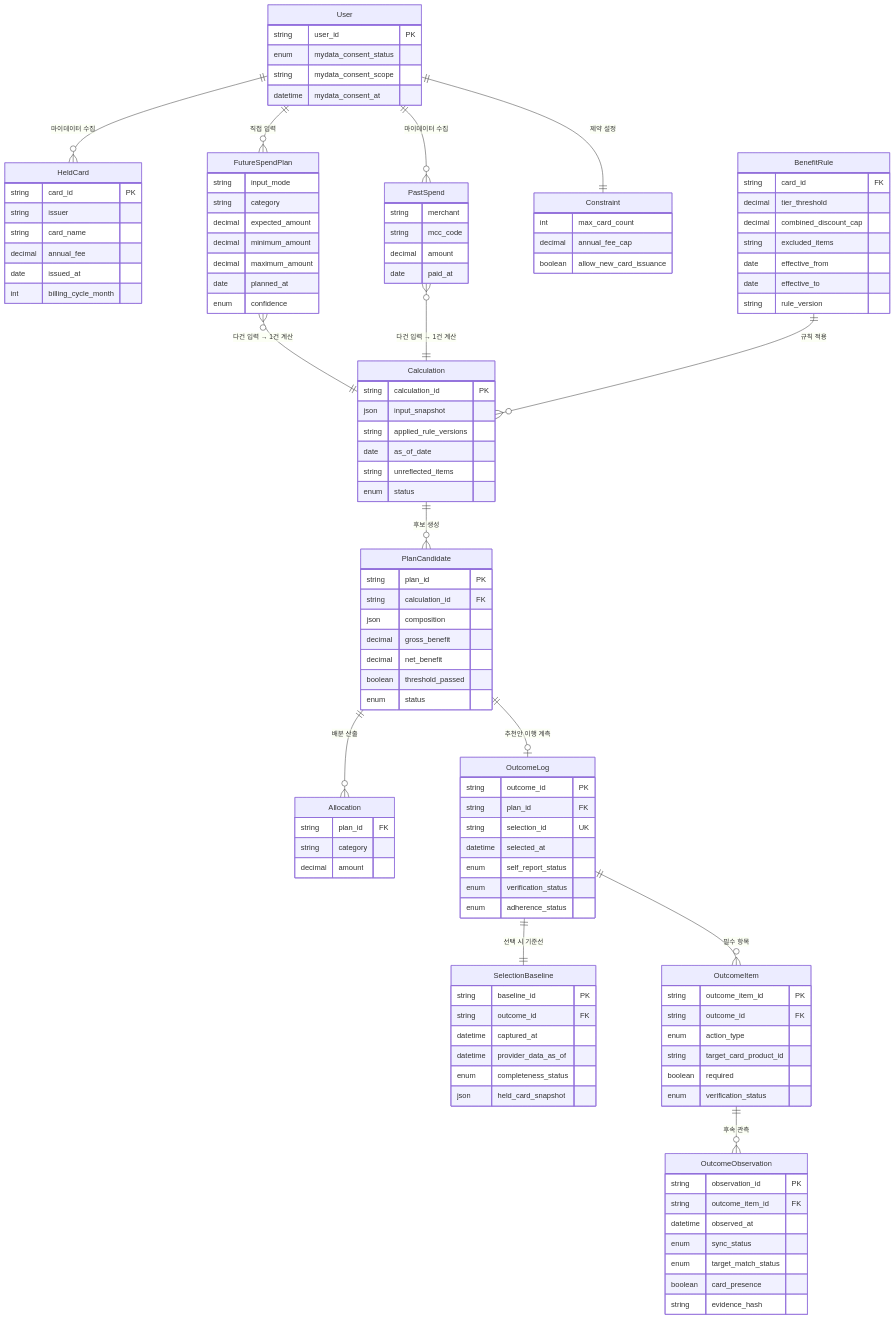
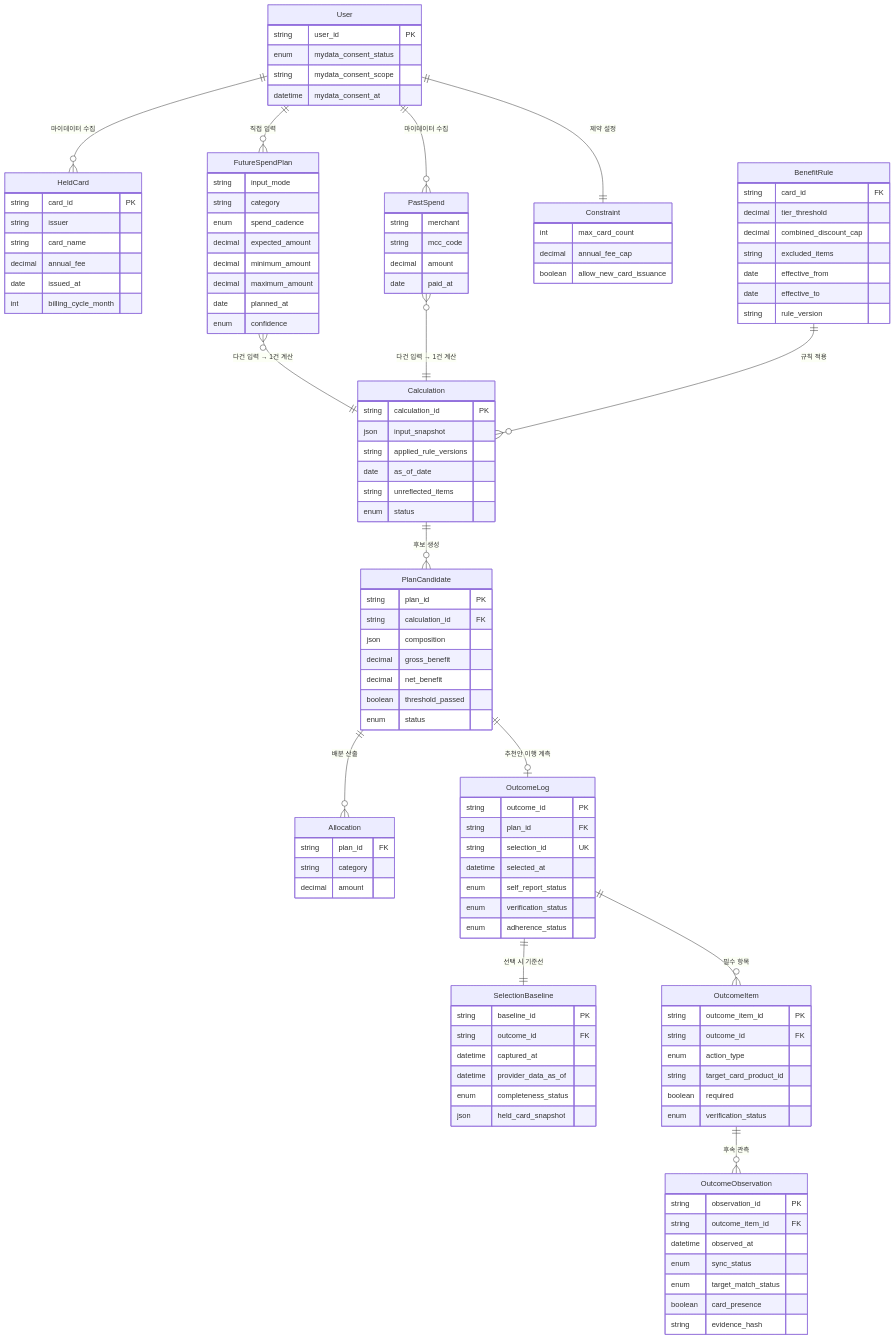
Before and after one commit to jennie-brain/CardFit-prd-to-srs: diagram 12 of 14 in SRS-Drafts/SRS_CardFit_v1.6_GPT-5.6-SOL.md, drawn with Mermaid. The commit also changed other lines of this file and 14 other files, not shown here.

```diff
--- a/SRS-Drafts/SRS_CardFit_v1.6_GPT-5.6-SOL.md
+++ b/SRS-Drafts/SRS_CardFit_v1.6_GPT-5.6-SOL.md
@@ -798,6 +798,7 @@
     FutureSpendPlan {
         string input_mode
         string category
+        enum spend_cadence
         decimal expected_amount
         decimal minimum_amount
         decimal maximum_amount
```
